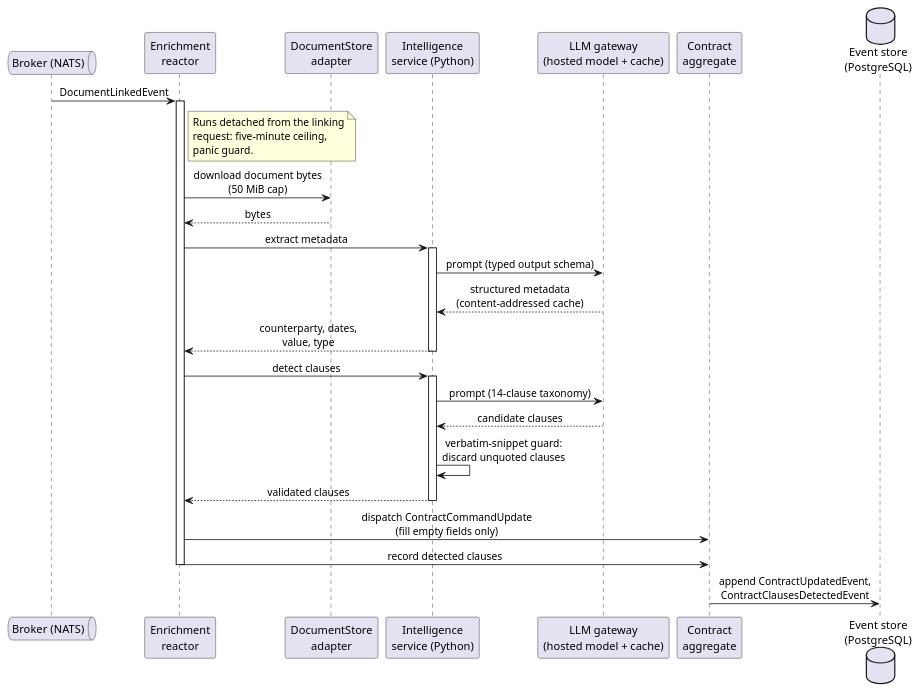
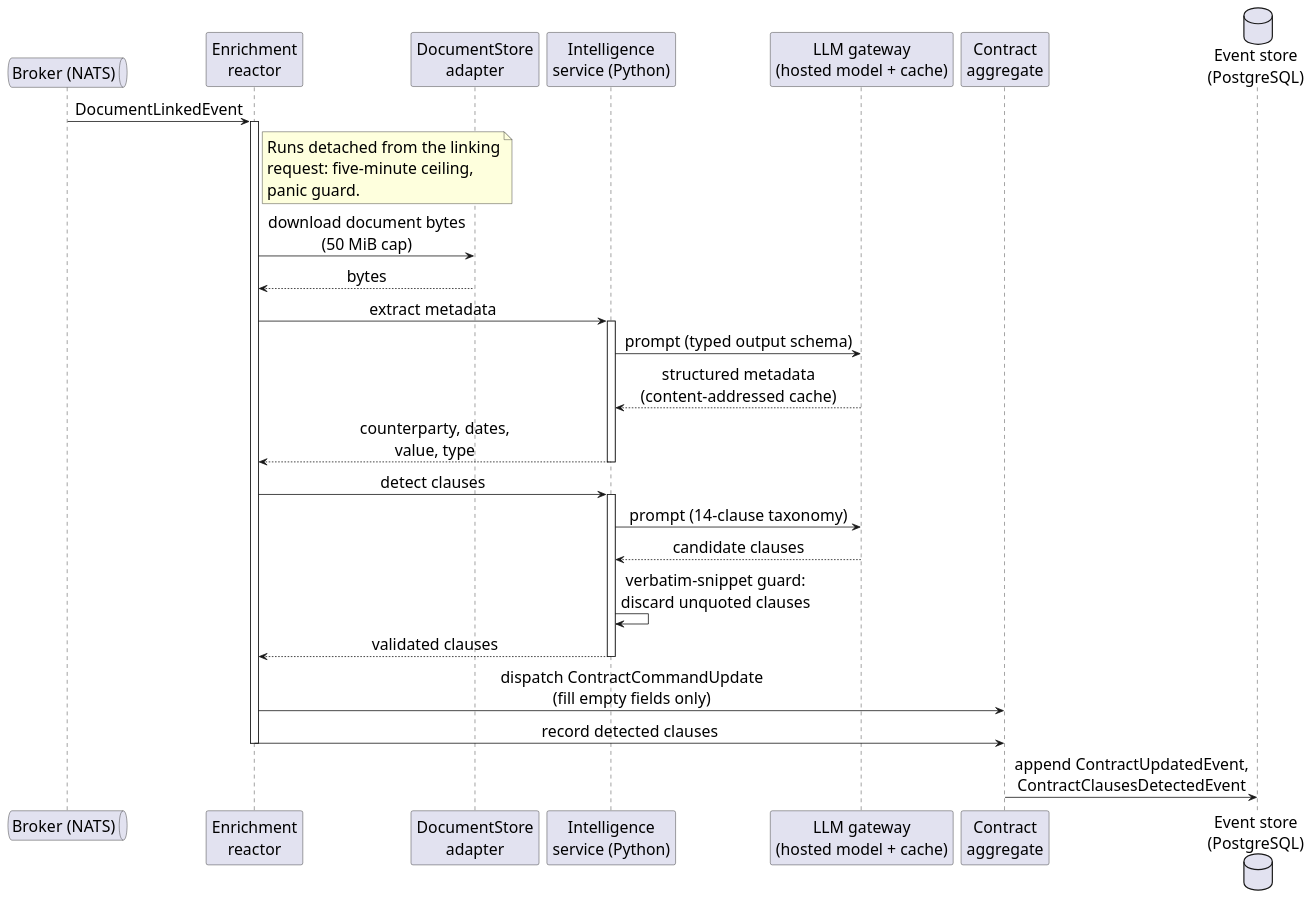
The diagram in report/Chapter4/figures/enrichment-flow.puml (idris-saddi/pfe-report), drawn with PlantUML before and after one commit. The commit also changed 16 other files, not shown here.

Commit message:
refactor: update PlantUML configurations for improved clarity and rendering across multiple figures

```diff
--- a/report/Chapter4/figures/enrichment-flow.puml
+++ b/report/Chapter4/figures/enrichment-flow.puml
@@ -1,47 +1,48 @@
 @startuml enrichment-flow
 '==============================================================================
 ' Figure (Chapter IV, Document intelligence): a document link fires the
 ' enrichment reactor, which downloads the bytes, calls the intelligence
 ' service (extraction + clause detection behind the LLM gateway) and folds
 ' the results onto the contract, filling only fields the user left empty.
 ' Render:  plantuml -tsvg enrichment-flow.puml  then  rsvg-convert -f pdf
 '==============================================================================
 skinparam shadowing false
 skinparam defaultFontName Helvetica
+skinparam defaultFontSize 20
 skinparam sequenceMessageAlign center
 
 queue "Broker (NATS)" as broker
 participant "Enrichment\nreactor" as enrich
 participant "DocumentStore\nadapter" as store
 participant "Intelligence\nservice (Python)" as intel
 participant "LLM gateway\n(hosted model + cache)" as llm
 participant "Contract\naggregate" as agg
 database "Event store\n(PostgreSQL)" as es
 
 broker -> enrich : DocumentLinkedEvent
 activate enrich
 note right of enrich
   Runs detached from the linking
   request: five-minute ceiling,
   panic guard.
 end note
 enrich -> store : download document bytes\n(50 MiB cap)
 store --> enrich : bytes
 enrich -> intel : extract metadata
 activate intel
 intel -> llm : prompt (typed output schema)
 llm --> intel : structured metadata\n(content-addressed cache)
 intel --> enrich : counterparty, dates,\nvalue, type
 deactivate intel
 enrich -> intel : detect clauses
 activate intel
 intel -> llm : prompt (14-clause taxonomy)
 llm --> intel : candidate clauses
 intel -> intel : verbatim-snippet guard:\ndiscard unquoted clauses
 intel --> enrich : validated clauses
 deactivate intel
 enrich -> agg : dispatch ContractCommandUpdate\n(fill empty fields only)
 enrich -> agg : record detected clauses
 deactivate enrich
 agg -> es : append ContractUpdatedEvent,\nContractClausesDetectedEvent
 @enduml
```
